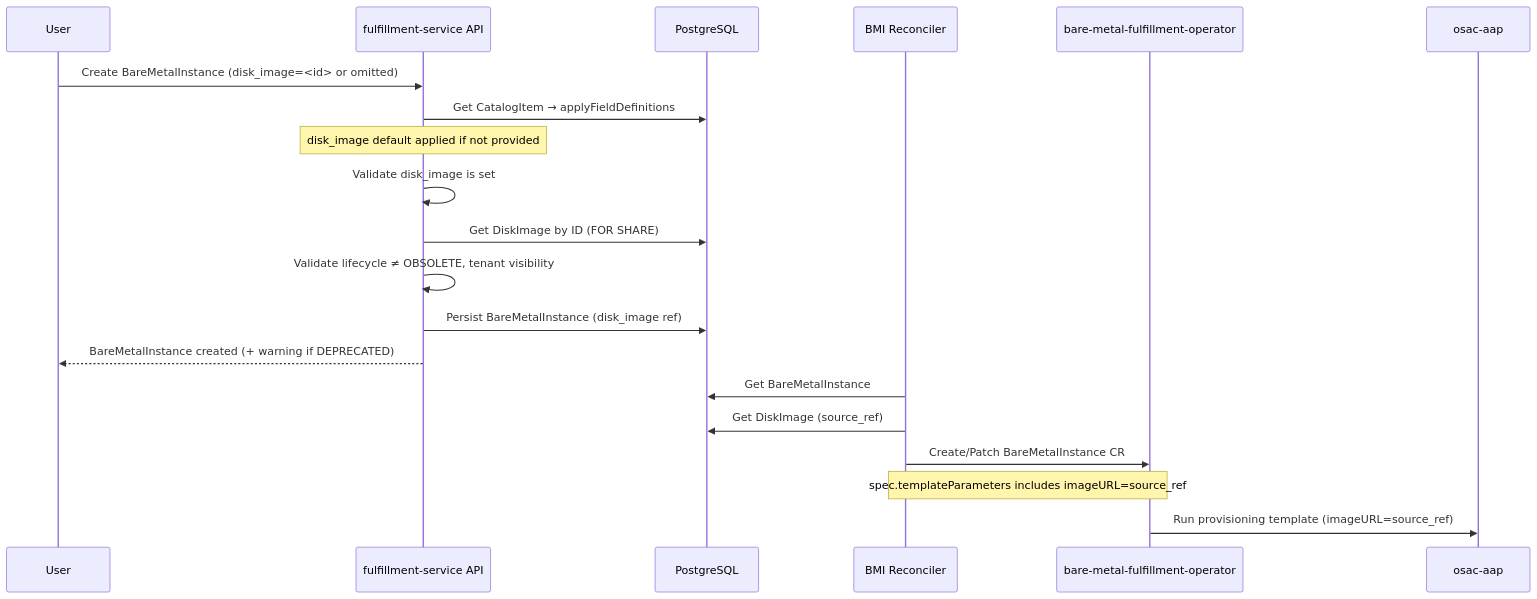
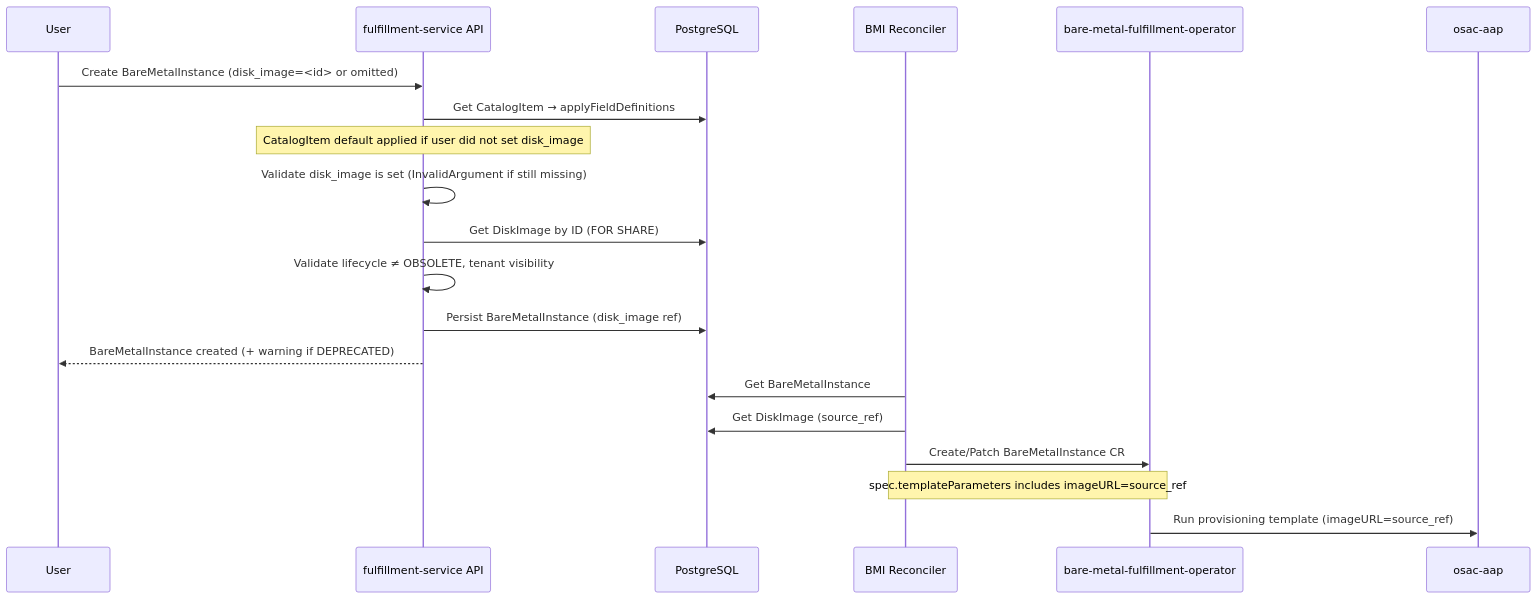
Before and after one commit to osac-project/enhancement-proposals: the diagram in enhancements/OSAC-1270-base-os-management-bmaas/design.md, drawn with Mermaid. The commit also changed other lines of this file, not shown here.

First line of the commit message:
OSAC-1270: clarify disk_image is required; document AAP default removal

````diff
--- a/enhancements/OSAC-1270-base-os-management-bmaas/design.md
+++ b/enhancements/OSAC-1270-base-os-management-bmaas/design.md
@@ -66,24 +67,24 @@
 ```mermaid
 sequenceDiagram
     participant User
     participant API as fulfillment-service API
     participant DB as PostgreSQL
     participant Reconciler as BMI Reconciler
     participant Operator as bare-metal-fulfillment-operator
     participant AAP as osac-aap
 
     User->>API: Create BareMetalInstance (disk_image=<id> or omitted)
     API->>DB: Get CatalogItem → applyFieldDefinitions
-    Note over API: disk_image default applied if not provided
-    API->>API: Validate disk_image is set
+    Note over API: CatalogItem default applied if user did not set disk_image
+    API->>API: Validate disk_image is set (InvalidArgument if still missing)
     API->>DB: Get DiskImage by ID (FOR SHARE)
     API->>API: Validate lifecycle ≠ OBSOLETE, tenant visibility
     API->>DB: Persist BareMetalInstance (disk_image ref)
     API-->>User: BareMetalInstance created (+ warning if DEPRECATED)
 
     Reconciler->>DB: Get BareMetalInstance
     Reconciler->>DB: Get DiskImage (source_ref)
     Reconciler->>Operator: Create/Patch BareMetalInstance CR
     Note over Reconciler,Operator: spec.templateParameters includes imageURL=source_ref
     Operator->>AAP: Run provisioning template (imageURL=source_ref)
 ```
````
